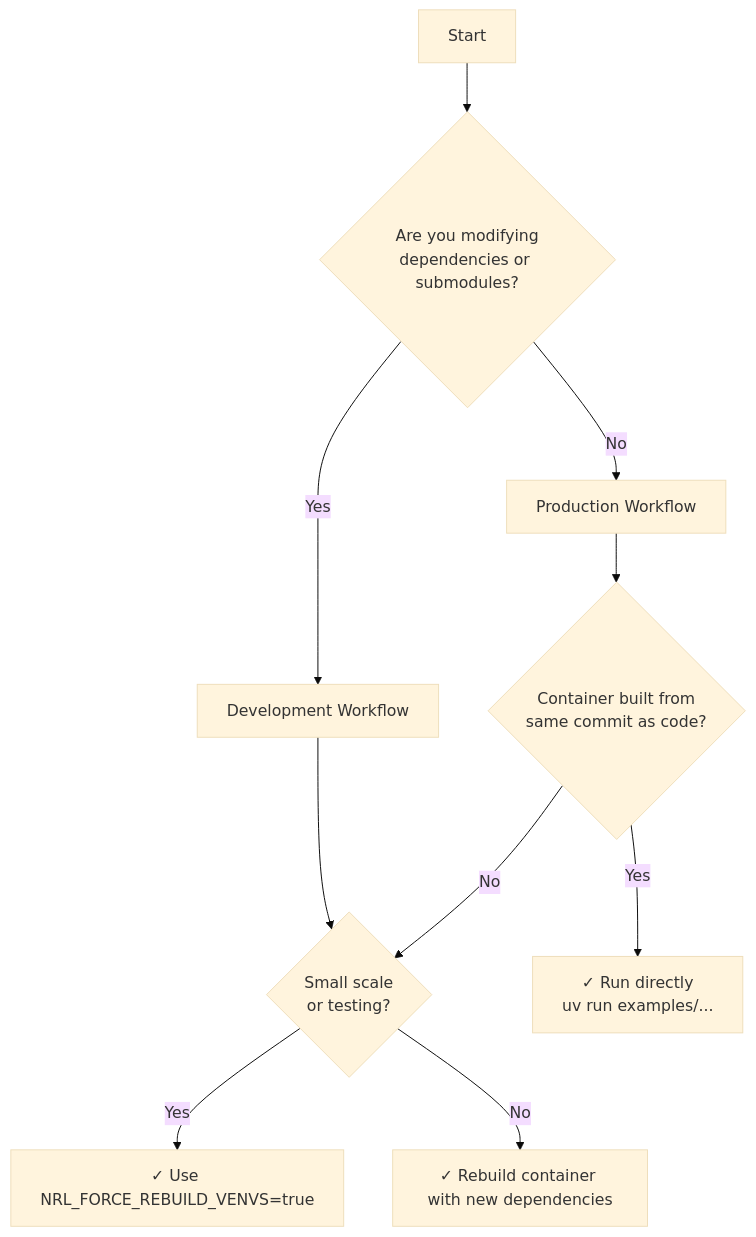
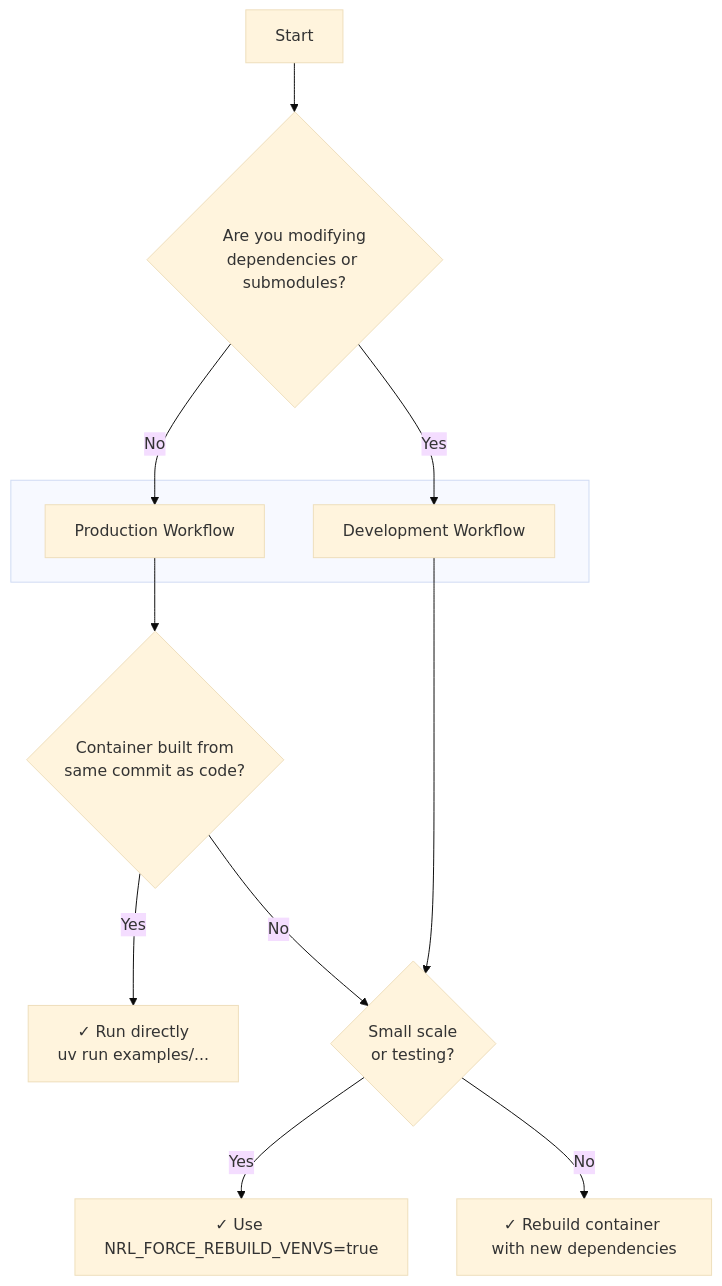
One commit to NVIDIA-NeMo/RL changed the second of 2 diagrams in docs/design-docs/dependency-manangement.md. Above: the diagram before and after it, drawn with Mermaid (base theme).

````diff
--- a/docs/design-docs/dependency-manangement.md
+++ b/docs/design-docs/dependency-manangement.md
@@ -166,12 +166,21 @@
 ```mermaid
 flowchart TD
     A[Start] --> B{Are you modifying<br/>dependencies or submodules?}
-    B -->|No| C[Production Workflow]
-    B -->|Yes| D[Development Workflow]
+    
+    subgraph " "
+        C[Production Workflow]
+        D[Development Workflow]
+    end
+    
+    B -->|No| C
+    B -->|Yes| D
+    
     C --> E{Container built from<br/>same commit as code?}
-    D --> G{Small scale<br/>or testing?}
     E -->|Yes| F[✓ Run directly<br/>uv run examples/...]
-    E -->|No| G
+    E -->|No| G{Small scale<br/>or testing?}
+    
+    D --> G
+    
     G -->|Yes| H[✓ Use NRL_FORCE_REBUILD_VENVS=true]
     G -->|No| I[✓ Rebuild container with new dependencies]
 ```
````
